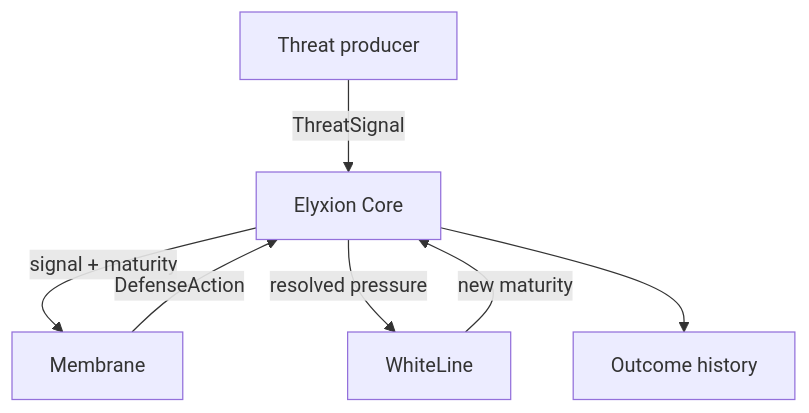
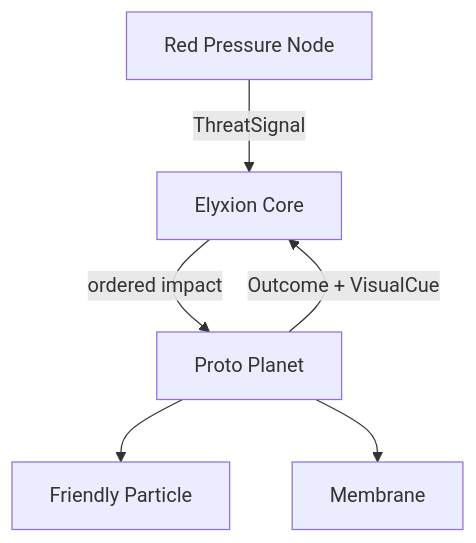
Before and after one commit to Parviz664/Elyxion: the diagram in docs/architecture.md, drawn with Mermaid. The commit also changed other lines of this file and 20 other files, not shown here.

````diff
--- a/docs/architecture.md
+++ b/docs/architecture.md
@@ -7,9 +7,8 @@
 ```mermaid
 flowchart TD
-    T["Threat producer"] -->|ThreatSignal| C["Elyxion Core"]
-    C -->|signal + maturity| M["Membrane"]
-    M -->|DefenseAction| C
-    C -->|resolved pressure| W["WhiteLine"]
-    W -->|new maturity| C
-    C --> H["Outcome history"]
+    T["Red Pressure Node"] -->|ThreatSignal| C["Elyxion Core"]
+    C -->|ordered impact| P["Proto Planet"]
+    P --> F["Friendly Particle"]
+    P --> M["Membrane"]
+    P -->|Outcome + VisualCue| C
 ```
````
